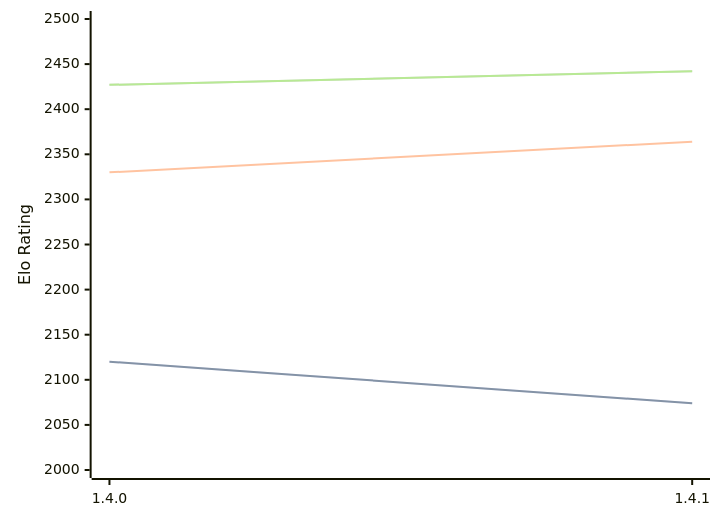
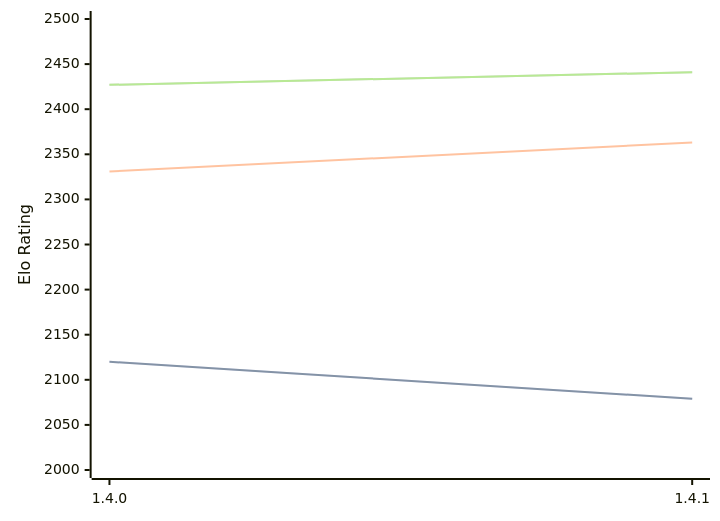
The diagram in engines/Tofiks.md (computer-chess-index/cci), drawn with Mermaid before and after one commit. The commit also changed other lines of this file, not shown here.

Commit message:
Update CCI Ratings (ELO VLTC) - 2026-04-22

````diff
--- a/engines/Tofiks.md
+++ b/engines/Tofiks.md
@@ -36,11 +36,11 @@
 ```mermaid
 %%{init: {"theme":"base","themeVariables":{"seriesColors:['#a3a3a3','#222221','#faa371']}}}%%
 xychart-beta
   x-axis ["1.4.0", "1.4.1"]
   y-axis "Elo Rating" 2000 --> 2500
-  line "STC (8.0+0.08s)" [2120, 2074]
-  line "STC (8.0+0.08s)" [2120, 2074]
-  line "LTC (60.0+0.60s)" [2330, 2364]
-  line "VLTC (2m24s+1.12s)" [2427, 2442]
-  line "VLTC (2m24s+1.12s)" [2427, 2442]
+  line "STC (8.0+0.08s)" [2120, 2079]
+  line "STC (8.0+0.08s)" [2120, 2079]
+  line "LTC (60.0+0.60s)" [2331, 2363]
+  line "VLTC (2m24s+1.12s)" [2427, 2441]
+  line "VLTC (2m24s+1.12s)" [2427, 2441]
 ```
````
